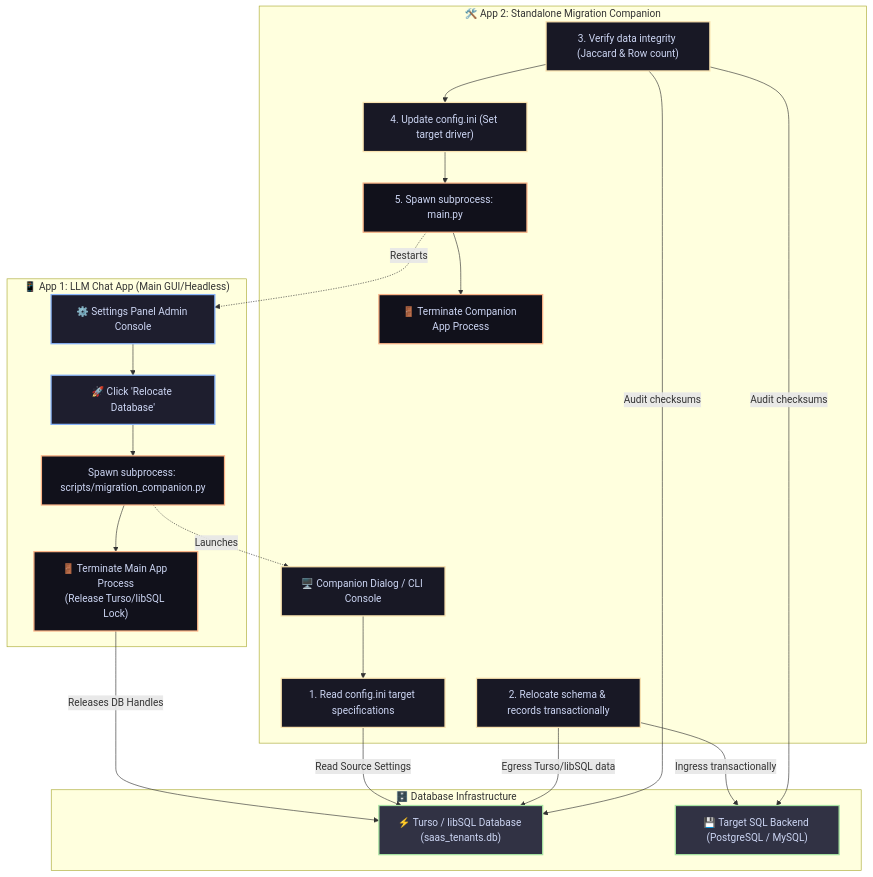
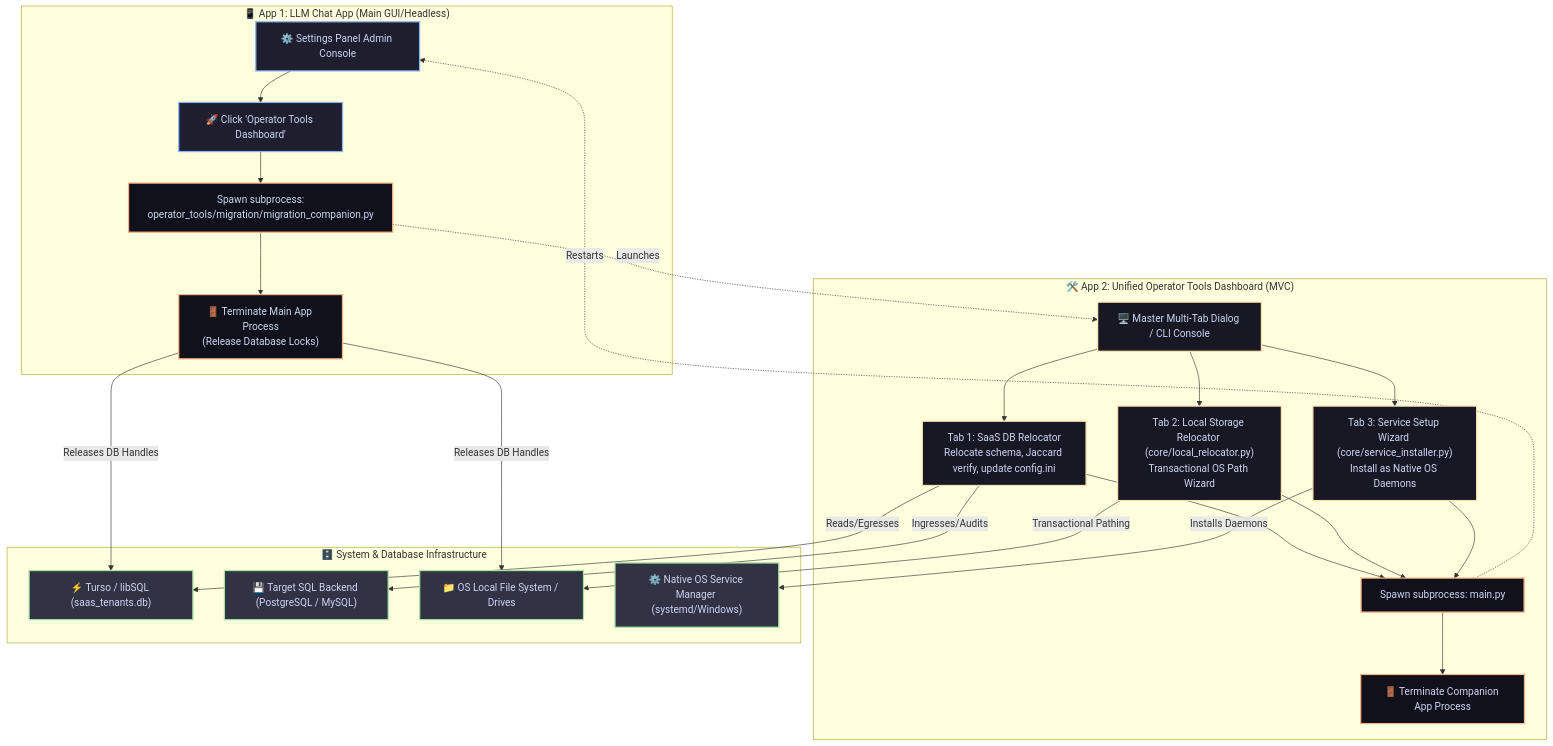
The diagram in resources/migration_companion_arch.mermaid (Arean82/llm_chat_app), drawn with Mermaid before and after one commit. The commit also changed 21 other files, not shown here.

Commit message:
feat: add visual documentation, system architecture diagrams, and an automated screenshot generation utility.

```diff
--- a/resources/migration_companion_arch.mermaid
+++ b/resources/migration_companion_arch.mermaid
@@ -1,44 +1,61 @@
 flowchart TD
     %% Styling Classes
     classDef main fill:#1e1e2e,stroke:#89b4fa,stroke-width:2px,color:#cdd6f4;
     classDef companion fill:#181825,stroke:#f9e2af,stroke-width:2px,color:#cdd6f4;
     classDef storage fill:#313244,stroke:#a6e3a1,stroke-width:2px,color:#cdd6f4;
     classDef process fill:#11111b,stroke:#fab387,stroke-width:2px,color:#cdd6f4;
 
     subgraph App1 ["📱 App 1: LLM Chat App (Main GUI/Headless)"]
         UI["⚙️ Settings Panel Admin Console"]:::main
-        Trigger["🚀 Click 'Relocate Database'"]:::main
-        Spawn["Spawn subprocess: scripts/migration_companion.py"]:::process
-        Close["🚪 Terminate Main App Process<br>(Release Turso/libSQL Lock)"]:::process
+        Trigger["🚀 Click 'Operator Tools Dashboard'"]:::main
+        Spawn["Spawn subprocess:<br>operator_tools/migration/migration_companion.py"]:::process
+        Close["🚪 Terminate Main App Process<br>(Release Database Locks)"]:::process
     end
 
-    subgraph App2 ["🛠️ App 2: Standalone Migration Companion"]
-        CompanionUI["🖥️ Companion Dialog / CLI Console"]:::companion
-        ReadConfig["1. Read config.ini target specifications"]:::companion
-        Migrate["2. Relocate schema & records transactionally"]:::companion
-        Verify["3. Verify data integrity (Jaccard & Row count)"]:::companion
-        WriteConfig["4. Update config.ini (Set target driver)"]:::companion
-        Relaunch["5. Spawn subprocess: main.py"]:::process
+    subgraph App2 ["🛠️ App 2: Unified Operator Tools Dashboard (MVC)"]
+        CompanionUI["🖥️ Master Multi-Tab Dialog / CLI Console"]:::companion
+        
+        %% Tab 1
+        SaaSMigrate["Tab 1: SaaS DB Relocator<br>Relocate schema, Jaccard verify, update config.ini"]:::companion
+        
+        %% Tab 2
+        LocalReloc["Tab 2: Local Storage Relocator (core/local_relocator.py)<br>Transactional OS Path Wizard"]:::companion
+        
+        %% Tab 3
+        SvcInstall["Tab 3: Service Setup Wizard (core/service_installer.py)<br>Install as Native OS Daemons"]:::companion
+
+        Relaunch["Spawn subprocess: main.py"]:::process
         Exit["🚪 Terminate Companion App Process"]:::process
     end
 
-    subgraph Storage ["🗄️ Database Infrastructure"]
-        Turso["⚡ Turso / libSQL Database (saas_tenants.db)"]:::storage
+    subgraph Infrastructure ["🗄️ System & Database Infrastructure"]
+        Turso["⚡ Turso / libSQL (saas_tenants.db)"]:::storage
         EnterpriseSQL["💾 Target SQL Backend (PostgreSQL / MySQL)"]:::storage
+        FileSystem["📁 OS Local File System / Drives"]:::storage
+        OSService["⚙️ Native OS Service Manager (systemd/Windows)"]:::storage
     end
 
     UI --> Trigger
     Trigger --> Spawn
     Spawn --> Close
     Close -->|Releases DB Handles| Turso
+    Close -->|Releases DB Handles| FileSystem
     Spawn -.->|Launches| CompanionUI
-    CompanionUI --> ReadConfig
-    ReadConfig -->|Read Source Settings| Turso
-    Migrate -->|Egress Turso/libSQL data| Turso
-    Migrate -->|Ingress transactionally| EnterpriseSQL
-    Verify -->|Audit checksums| Turso
-    Verify -->|Audit checksums| EnterpriseSQL
-    Verify --> WriteConfig
-    WriteConfig --> Relaunch
+    
+    CompanionUI --> SaaSMigrate
+    CompanionUI --> LocalReloc
+    CompanionUI --> SvcInstall
+    
+    SaaSMigrate -->|Reads/Egresses| Turso
+    SaaSMigrate -->|Ingresses/Audits| EnterpriseSQL
+    
+    LocalReloc -->|Transactional Pathing| FileSystem
+    
+    SvcInstall -->|Installs Daemons| OSService
+
+    SaaSMigrate --> Relaunch
+    LocalReloc --> Relaunch
+    SvcInstall --> Relaunch
+
     Relaunch --> Exit
     Relaunch -.->|Restarts| UI
```
